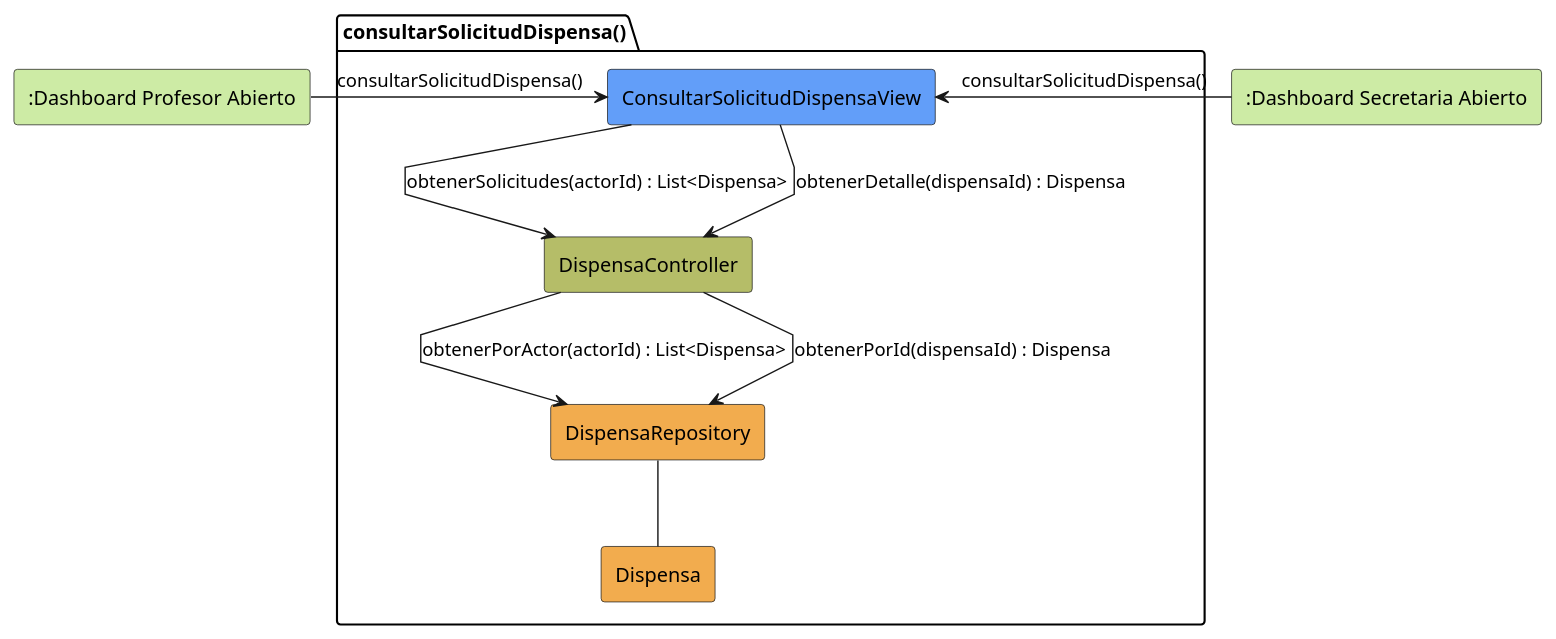
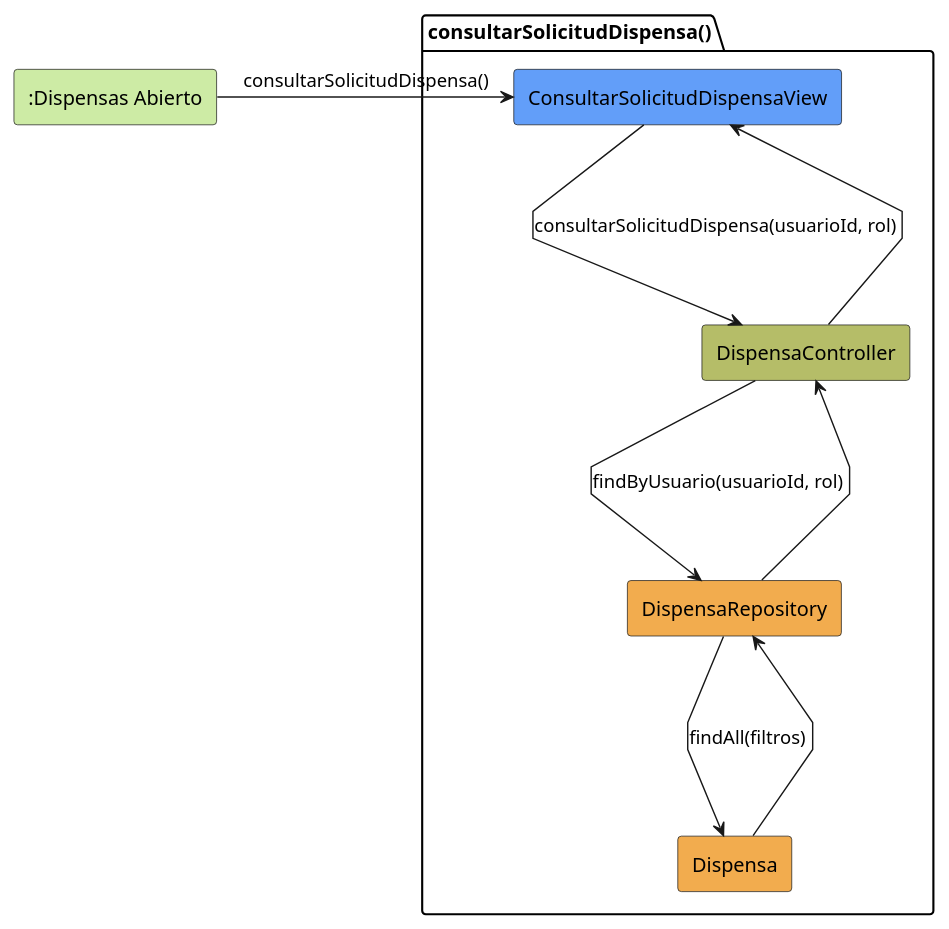
Before and after one commit to jerdier/25-26-idsw2-sdVC: the diagram in modelosUML/analisis/consultarSolicitudDispensa/colaboracion.puml, drawn with PlantUML. The commit also changed 261 other files, not shown here.

```diff
--- a/modelosUML/analisis/consultarSolicitudDispensa/colaboracion.puml
+++ b/modelosUML/analisis/consultarSolicitudDispensa/colaboracion.puml
@@ -1,27 +1,20 @@
 @startuml consultarSolicitudDispensa-analisis
 skinparam linetype polyline
 
-rectangle #CDEBA5 ":Dashboard Profesor Abierto" as DashboardProfesorAbierto
-rectangle #CDEBA5 ":Dashboard Secretaria Abierto" as DashboardSecretariaAbierto
+rectangle #CDEBA5 ":Dispensas Abierto" as DispensasAbierto
 
 package consultarSolicitudDispensa as "consultarSolicitudDispensa()" {
     rectangle #629EF9 ConsultarSolicitudDispensaView
     rectangle #b5bd68 DispensaController
     rectangle #F2AC4E DispensaRepository
     rectangle #F2AC4E Dispensa
 }
 
-DashboardProfesorAbierto -r-> ConsultarSolicitudDispensaView: consultarSolicitudDispensa()
-DashboardSecretariaAbierto -r-> ConsultarSolicitudDispensaView: consultarSolicitudDispensa()
-
-ConsultarSolicitudDispensaView -d-> DispensaController: obtenerSolicitudes(actorId) : List<Dispensa>
-
-DispensaController --> DispensaRepository: obtenerPorActor(actorId) : List<Dispensa>
-
-ConsultarSolicitudDispensaView --> DispensaController: obtenerDetalle(dispensaId) : Dispensa
-
-DispensaController --> DispensaRepository: obtenerPorId(dispensaId) : Dispensa
-
-DispensaRepository -- Dispensa
-
+DispensasAbierto -r-> ConsultarSolicitudDispensaView: consultarSolicitudDispensa()
+ConsultarSolicitudDispensaView -d-> DispensaController: consultarSolicitudDispensa(usuarioId, rol)
+DispensaController -d-> DispensaRepository: findByUsuario(usuarioId, rol)
+DispensaRepository -d-> Dispensa: findAll(filtros)
+Dispensa --u-> DispensaRepository
+DispensaRepository --u-> DispensaController
+DispensaController --u-> ConsultarSolicitudDispensaView
 @enduml
```
